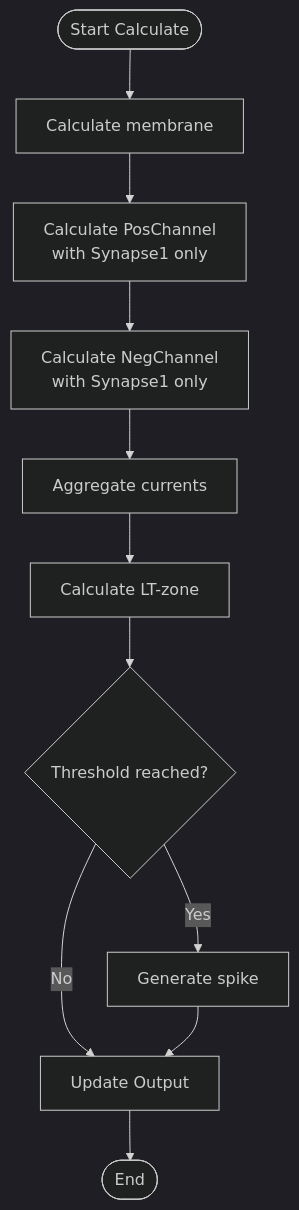
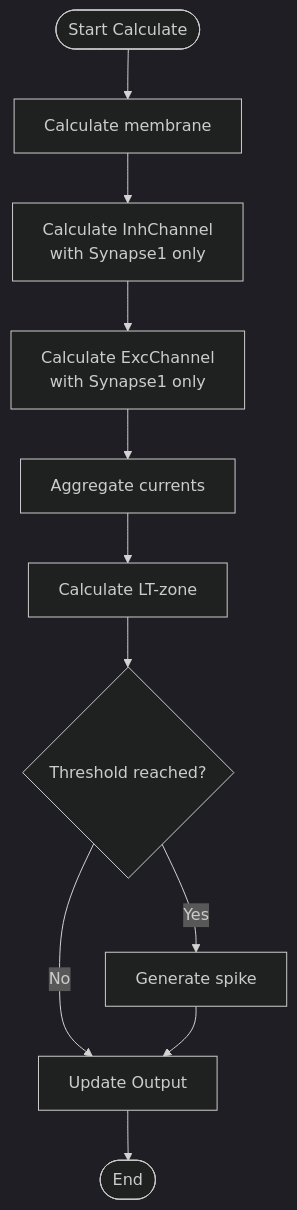
One commit to aicommunity/Nmsdk-PulseLib changed the fifth of 6 diagrams in Docs/Components/NSPMinNeuron.md. Above: the diagram before and after it, drawn with Mermaid (dark theme). The commit also changed other lines of this file and 14 other files, not shown here.

Commit message:
Refactoring the naming of neuron components. PLTZone -> LTZone, Pos/Neg channels -> Inh/Exc channels, etc.

````diff
--- a/Docs/Components/NSPMinNeuron.md
+++ b/Docs/Components/NSPMinNeuron.md
@@ -159,13 +160,13 @@
 ```mermaid
 flowchart TD
     Start([Start Calculate]) --> CalcMembrane[Calculate membrane]
-    CalcMembrane --> CalcPosChannel[Calculate PosChannel<br/>with Synapse1 only]
-    CalcPosChannel --> CalcNegChannel[Calculate NegChannel<br/>with Synapse1 only]
-    CalcNegChannel --> AggregateCurrents[Aggregate currents]
+    CalcMembrane --> CalcInhChannel[Calculate InhChannel<br/>with Synapse1 only]
+    CalcInhChannel --> CalcExcChannel[Calculate ExcChannel<br/>with Synapse1 only]
+    CalcExcChannel --> AggregateCurrents[Aggregate currents]
     AggregateCurrents --> CalcLTZone[Calculate LT-zone]
     CalcLTZone --> CheckThreshold{Threshold reached?}
     CheckThreshold -->|Yes| GenerateSpike[Generate spike]
     CheckThreshold -->|No| UpdateOutput[Update Output]
     GenerateSpike --> UpdateOutput
     UpdateOutput --> End([End])
 ```
````
